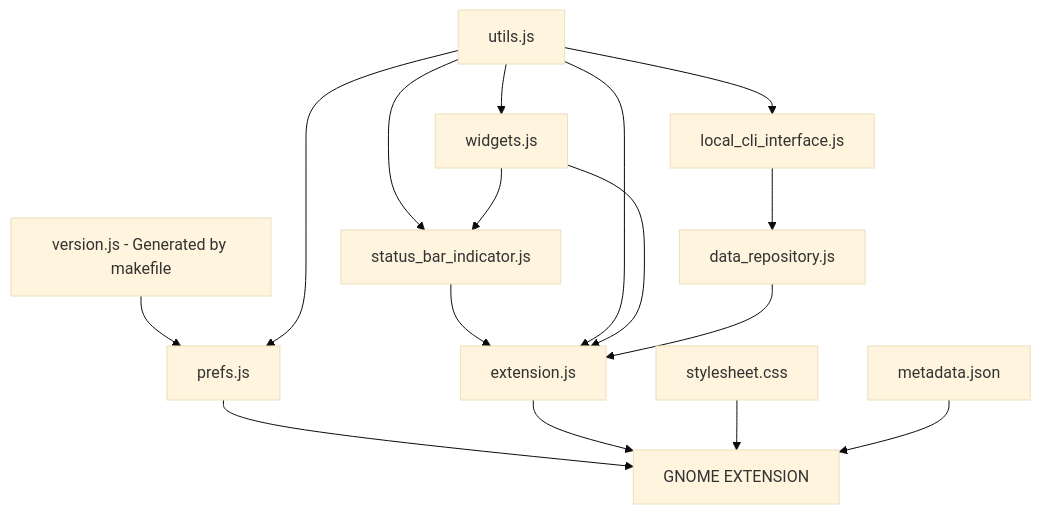
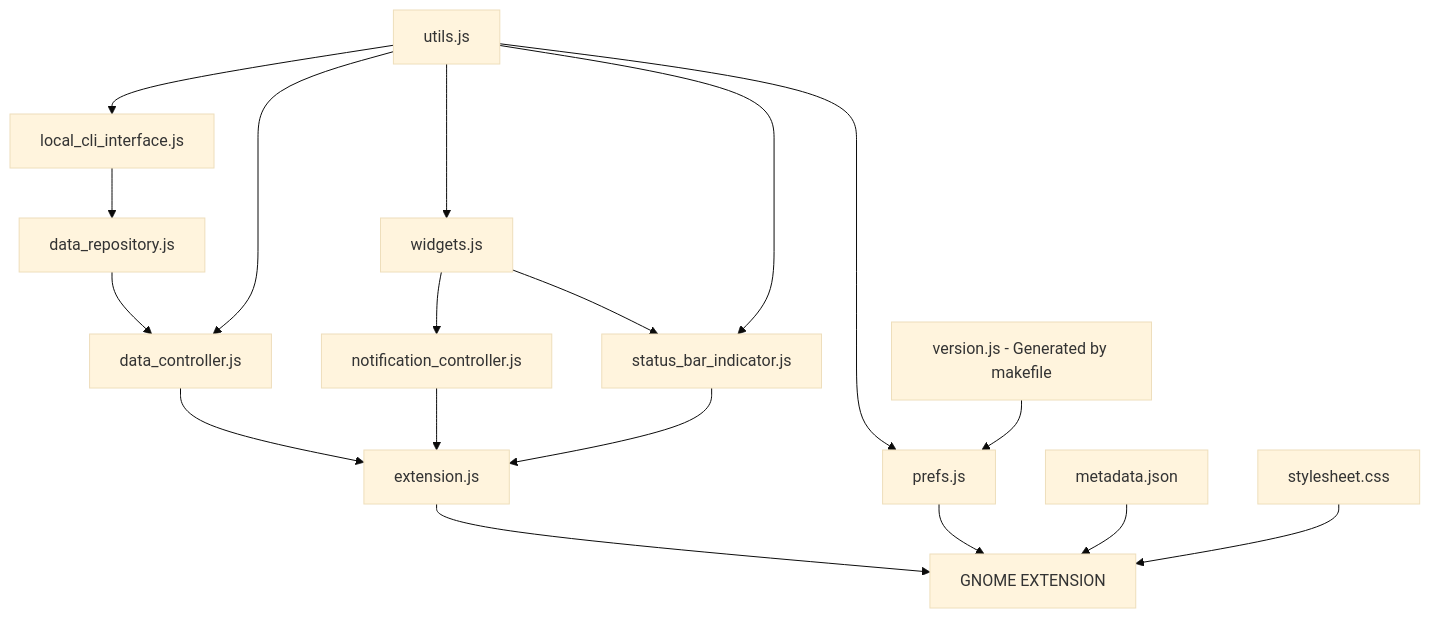
One commit to arononak/github-actions-gnome-extension changed the diagram in README.md. Above: the diagram before and after it, drawn with Mermaid (base theme). The commit also changed 7 other files, not shown here.

````diff
--- a/README.md
+++ b/README.md
@@ -45,18 +45,25 @@
 ```mermaid
 graph TD;
+    utils.js-->local_cli_interface.js;
+    local_cli_interface.js-->data_repository.js;
+    data_repository.js-->data_controller.js
+    data_controller.js-->extension.js;
+
+    utils.js-->data_controller.js;
+    utils.js-->widgets.js;
+    utils.js-->prefs.js;
+
+    widgets.js-->notification_controller.js;
+    notification_controller.js-->extension.js;
+
+    widgets.js-->status_bar_indicator.js;
+    utils.js-->status_bar_indicator.js;
+    status_bar_indicator.js-->extension.js;
+
+    version.js[version.js - Generated by makefile]-->prefs.js;
+
+    extension.js-->EXTENSION[GNOME EXTENSION]
     prefs.js-->EXTENSION[GNOME EXTENSION]
-    extension.js-->EXTENSION[GNOME EXTENSION]
+    metadata.json-->EXTENSION[GNOME EXTENSION]
     stylesheet.css-->EXTENSION[GNOME EXTENSION]
-    metadata.json-->EXTENSION[GNOME EXTENSION]
-    version.js[version.js - Generated by makefile]-->prefs.js;
-    status_bar_indicator.js-->extension.js;
-    utils.js-->widgets.js;
-    utils.js-->local_cli_interface.js;
-    utils.js-->prefs.js;
-    utils.js-->status_bar_indicator.js;
-    utils.js-->extension.js;
-    widgets.js-->status_bar_indicator.js;
-    widgets.js-->extension.js;
-    local_cli_interface.js-->data_repository.js;
-    data_repository.js-->extension.js;
 ```
````
